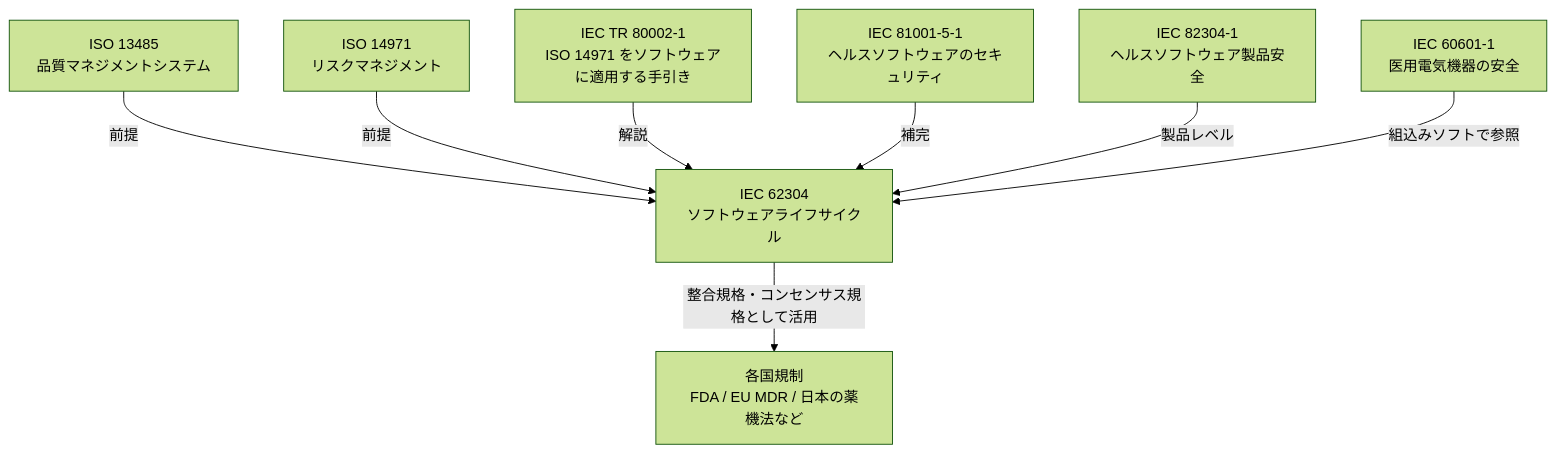
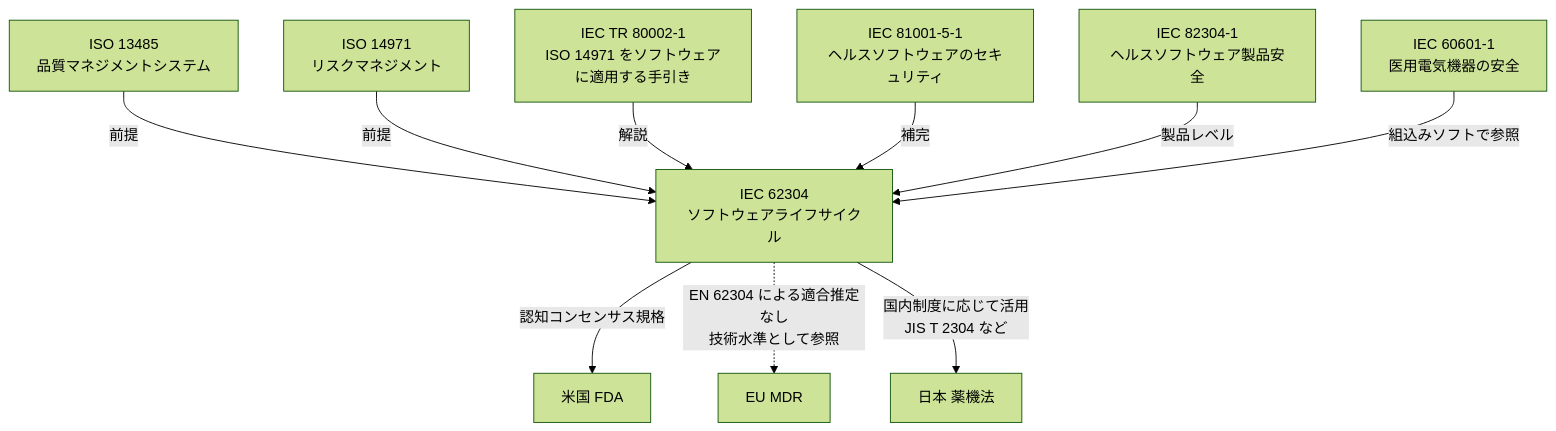
The second of 18 diagrams in Iec-62304-beginner-guide.md (myoshi2891/Quality-Assurance-Studies), drawn with Mermaid (forest theme) before and after one commit. The commit also changed other lines of this file, not shown here.

Commit message:
docs(iec-62304): 各国規制における規格の扱い（FDA認知・EU MDR適合推定・日本薬機法）を明確化

````diff
--- a/Iec-62304-beginner-guide.md
+++ b/Iec-62304-beginner-guide.md
@@ -115,19 +115,23 @@
 ```mermaid
 flowchart TB
     QMS["ISO 13485<br>品質マネジメントシステム"]
     RM["ISO 14971<br>リスクマネジメント"]
     CORE["IEC 62304<br>ソフトウェアライフサイクル"]
     G1["IEC TR 80002-1<br>ISO 14971 をソフトウェアに適用する手引き"]
     SEC["IEC 81001-5-1<br>ヘルスソフトウェアのセキュリティ"]
     HS["IEC 82304-1<br>ヘルスソフトウェア製品安全"]
     EQ["IEC 60601-1<br>医用電気機器の安全"]
-    REG["各国規制<br>FDA / EU MDR / 日本の薬機法など"]
+    FDA["米国 FDA"]
+    EU["EU MDR"]
+    JP["日本 薬機法"]
 
     QMS -->|"前提"| CORE
     RM -->|"前提"| CORE
     G1 -->|"解説"| CORE
     SEC -->|"補完"| CORE
     HS -->|"製品レベル"| CORE
     EQ -->|"組込みソフトで参照"| CORE
-    CORE -->|"整合規格・コンセンサス規格として活用"| REG
+    CORE -->|"認知コンセンサス規格"| FDA
+    CORE -.->|"EN 62304 による適合推定なし<br>技術水準として参照"| EU
+    CORE -->|"国内制度に応じて活用<br>JIS T 2304 など"| JP
 ```
````
